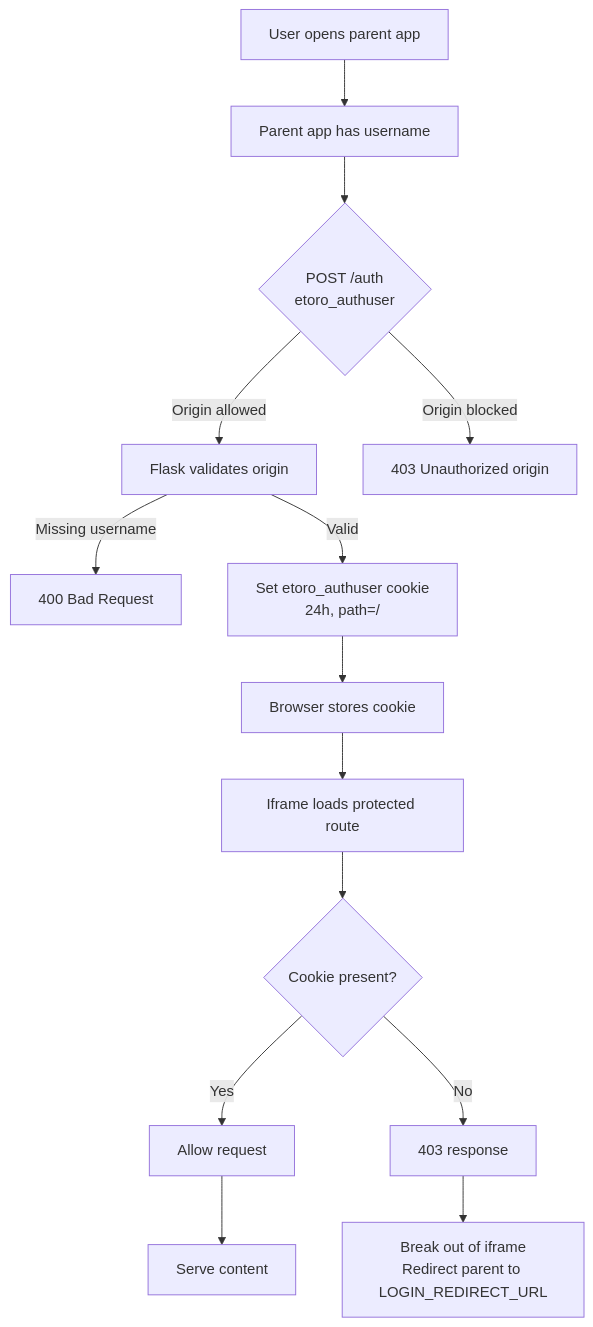
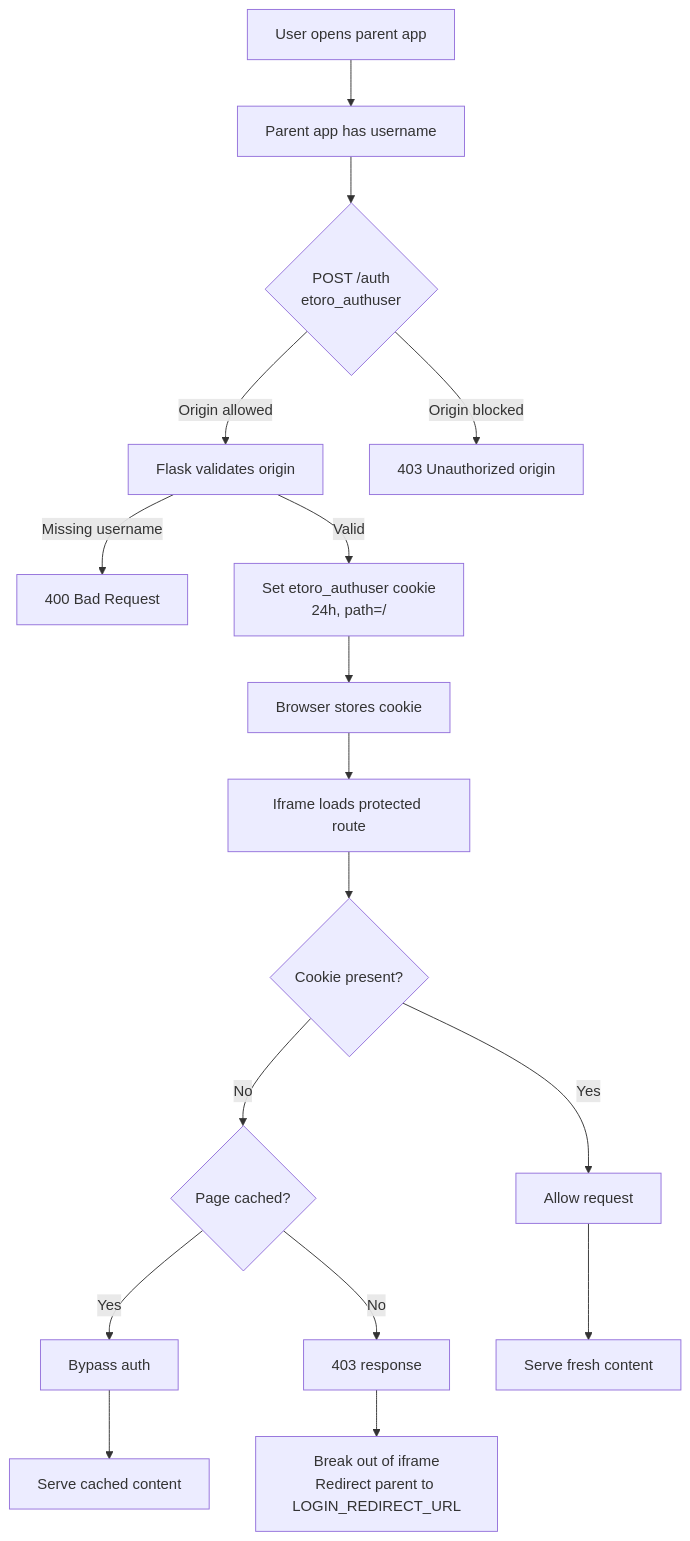
The diagram in AUTH.md (AlphaSentra/alphasentra-functions), drawn with Mermaid before and after one commit. The commit also changed other lines of this file and 3 other files, not shown here.

````diff
--- a/AUTH.md
+++ b/AUTH.md
@@ -33,16 +34,19 @@
 ```mermaid
 flowchart TD
     A[User opens parent app] --> B[Parent app has username]
     B --> C{POST /auth<br/>etoro_authuser}
     C -->|Origin allowed| D[Flask validates origin]
     C -->|Origin blocked| E[403 Unauthorized origin]
     D -->|Missing username| F[400 Bad Request]
     D -->|Valid| G[Set etoro_authuser cookie<br/>24h, path=/]
     G --> H[Browser stores cookie]
     H --> I[Iframe loads protected route]
     I --> J{Cookie present?}
     J -->|Yes| K[Allow request]
-    J -->|No| L[403 response]
-    L --> M[Break out of iframe<br/>Redirect parent to LOGIN_REDIRECT_URL]
-    K --> N[Serve content]
+    J -->|No| L{Page cached?}
+    L -->|Yes| M[Bypass auth]
+    L -->|No| N[403 response]
+    N --> O[Break out of iframe<br/>Redirect parent to LOGIN_REDIRECT_URL]
+    M --> P[Serve cached content]
+    K --> Q[Serve fresh content]
 ```
````
